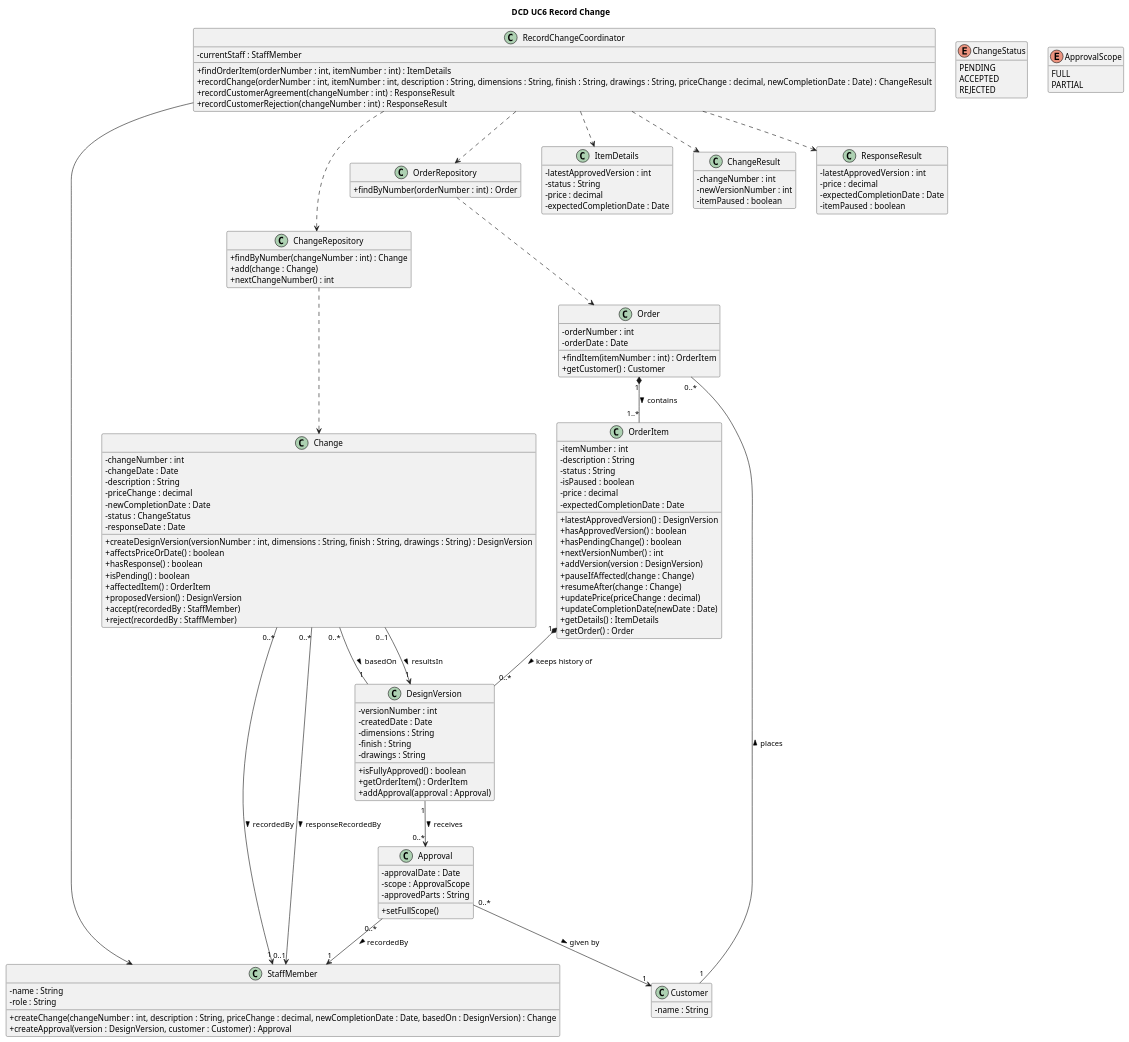
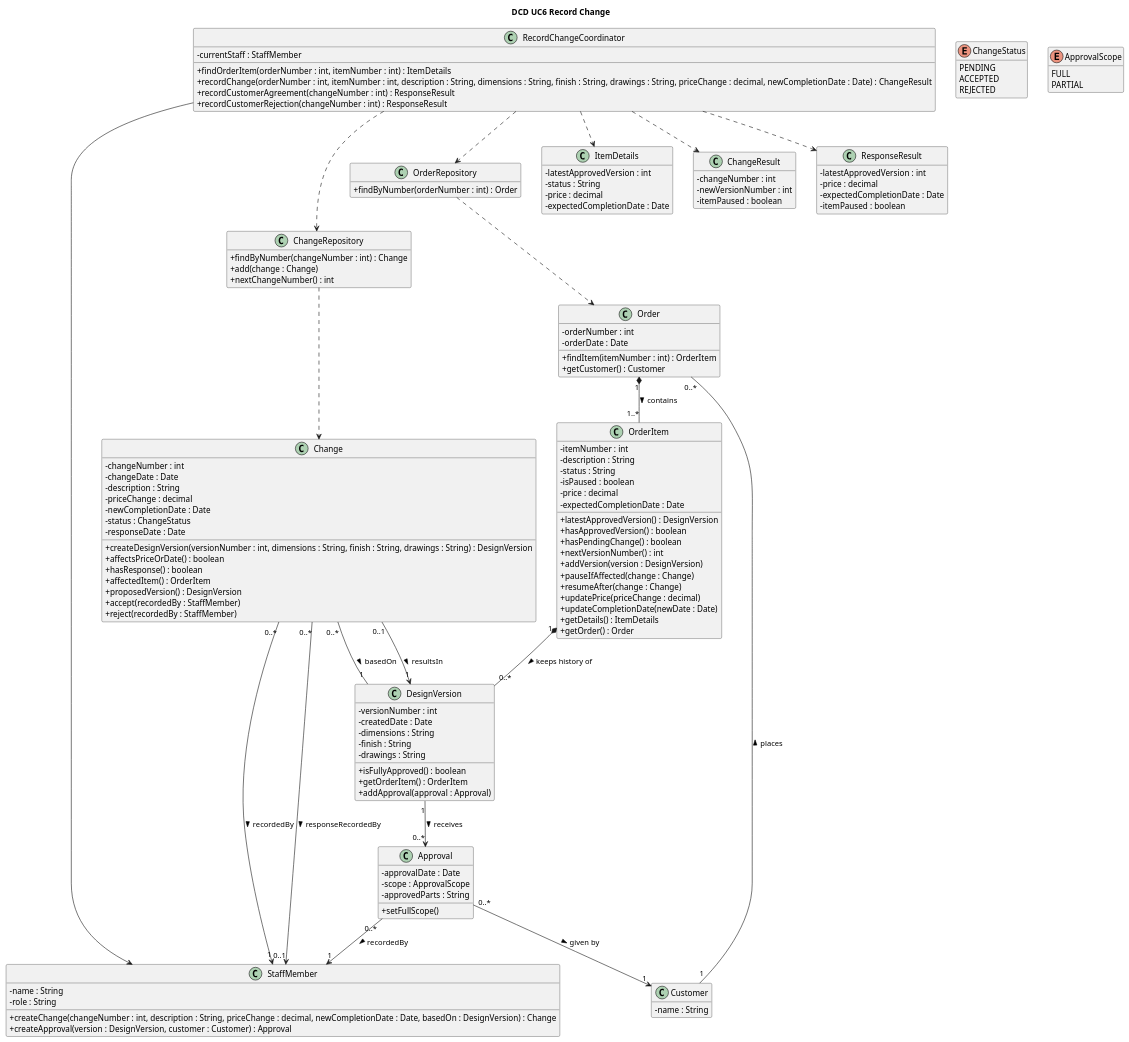
The diagram in dcd-uc6-record-change.puml (Ahmad-1031/OOAD_CA2), drawn with PlantUML before and after one commit. The commit also changed 2 other files, not shown here.

Commit message:
Remove isPending from DCD and add OQ-07 refusals to 05
Removes isPending() from Change in the DCD, as no SD uses it and hasPendingChange() on OrderItem already covers the check. Re-exports the DCD PNG.

Adds the ORDER_NOT_FOUND and ORDER_ITEM_NOT_FOUND refusals to 05 for findOrderItem and recordChange (OQ-07).

```diff
--- a/dcd-uc6-record-change.puml
+++ b/dcd-uc6-record-change.puml
@@ -1,150 +1,149 @@
 @startuml DCD-uc6-record-change
 title DCD UC6 Record Change
 hide empty members
 skinparam classAttributeIconSize 0
 
 class RecordChangeCoordinator {
   - currentStaff : StaffMember
   + findOrderItem(orderNumber : int, itemNumber : int) : ItemDetails
   + recordChange(orderNumber : int, itemNumber : int, description : String, dimensions : String, finish : String, drawings : String, priceChange : decimal, newCompletionDate : Date) : ChangeResult
   + recordCustomerAgreement(changeNumber : int) : ResponseResult
   + recordCustomerRejection(changeNumber : int) : ResponseResult
 }
 
 class OrderRepository {
   + findByNumber(orderNumber : int) : Order
 }
 
 class ChangeRepository {
   + findByNumber(changeNumber : int) : Change
   + add(change : Change)
   + nextChangeNumber() : int
 }
 
 class Order {
   - orderNumber : int
   - orderDate : Date
   + findItem(itemNumber : int) : OrderItem
   + getCustomer() : Customer
 }
 
 class OrderItem {
   - itemNumber : int
   - description : String
   - status : String
   - isPaused : boolean
   - price : decimal
   - expectedCompletionDate : Date
   + latestApprovedVersion() : DesignVersion
   + hasApprovedVersion() : boolean
   + hasPendingChange() : boolean
   + nextVersionNumber() : int
   + addVersion(version : DesignVersion)
   + pauseIfAffected(change : Change)
   + resumeAfter(change : Change)
   + updatePrice(priceChange : decimal)
   + updateCompletionDate(newDate : Date)
   + getDetails() : ItemDetails
   + getOrder() : Order
 }
 
 class DesignVersion {
   - versionNumber : int
   - createdDate : Date
   - dimensions : String
   - finish : String
   - drawings : String
   + isFullyApproved() : boolean
   + getOrderItem() : OrderItem
   + addApproval(approval : Approval)
 }
 
 class Change {
   - changeNumber : int
   - changeDate : Date
   - description : String
   - priceChange : decimal
   - newCompletionDate : Date
   - status : ChangeStatus
   - responseDate : Date
   + createDesignVersion(versionNumber : int, dimensions : String, finish : String, drawings : String) : DesignVersion
   + affectsPriceOrDate() : boolean
   + hasResponse() : boolean
-  + isPending() : boolean
   + affectedItem() : OrderItem
   + proposedVersion() : DesignVersion
   + accept(recordedBy : StaffMember)
   + reject(recordedBy : StaffMember)
 }
 
 class Approval {
   - approvalDate : Date
   - scope : ApprovalScope
   - approvedParts : String
   + setFullScope()
 }
 
 class StaffMember {
   - name : String
   - role : String
   + createChange(changeNumber : int, description : String, priceChange : decimal, newCompletionDate : Date, basedOn : DesignVersion) : Change
   + createApproval(version : DesignVersion, customer : Customer) : Approval
 }
 
 class Customer {
   - name : String
 }
 
 class ItemDetails {
   - latestApprovedVersion : int
   - status : String
   - price : decimal
   - expectedCompletionDate : Date
 }
 
 class ChangeResult {
   - changeNumber : int
   - newVersionNumber : int
   - itemPaused : boolean
 }
 
 class ResponseResult {
   - latestApprovedVersion : int
   - price : decimal
   - expectedCompletionDate : Date
   - itemPaused : boolean
 }
 
 enum ChangeStatus {
   PENDING
   ACCEPTED
   REJECTED
 }
 
 enum ApprovalScope {
   FULL
   PARTIAL
 }
 
 RecordChangeCoordinator ..> OrderRepository
 RecordChangeCoordinator ..> ChangeRepository
 RecordChangeCoordinator --> StaffMember
 RecordChangeCoordinator ..> ItemDetails
 RecordChangeCoordinator ..> ChangeResult
 RecordChangeCoordinator ..> ResponseResult
 
 OrderRepository ..> Order
 ChangeRepository ..> Change
 
 Customer "1" -- "0..*" Order : places >
 Order "1" *-- "1..*" OrderItem : contains >
 OrderItem "1" *-- "0..*" DesignVersion : keeps history of >
 DesignVersion "1" --> "0..*" Approval : receives >
 Approval "0..*" --> "1" Customer : given by >
 Approval "0..*" --> "1" StaffMember : recordedBy >
 Change "0..*" -- "1" DesignVersion : basedOn >
 Change "0..1" --> "1" DesignVersion : resultsIn >
 Change "0..*" --> "1" StaffMember : recordedBy >
 Change "0..*" --> "0..1" StaffMember : responseRecordedBy >
 
 @enduml
```
